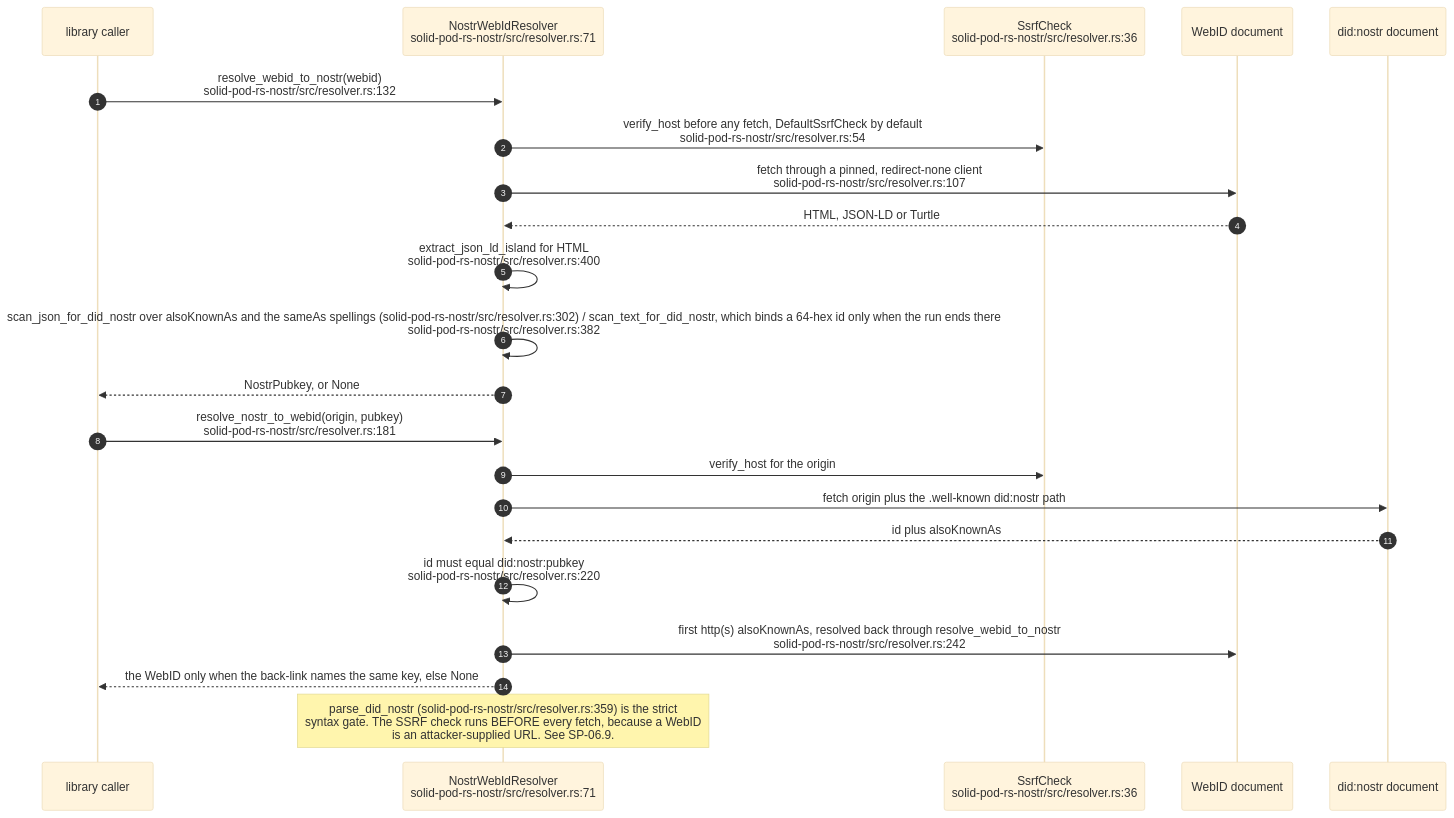
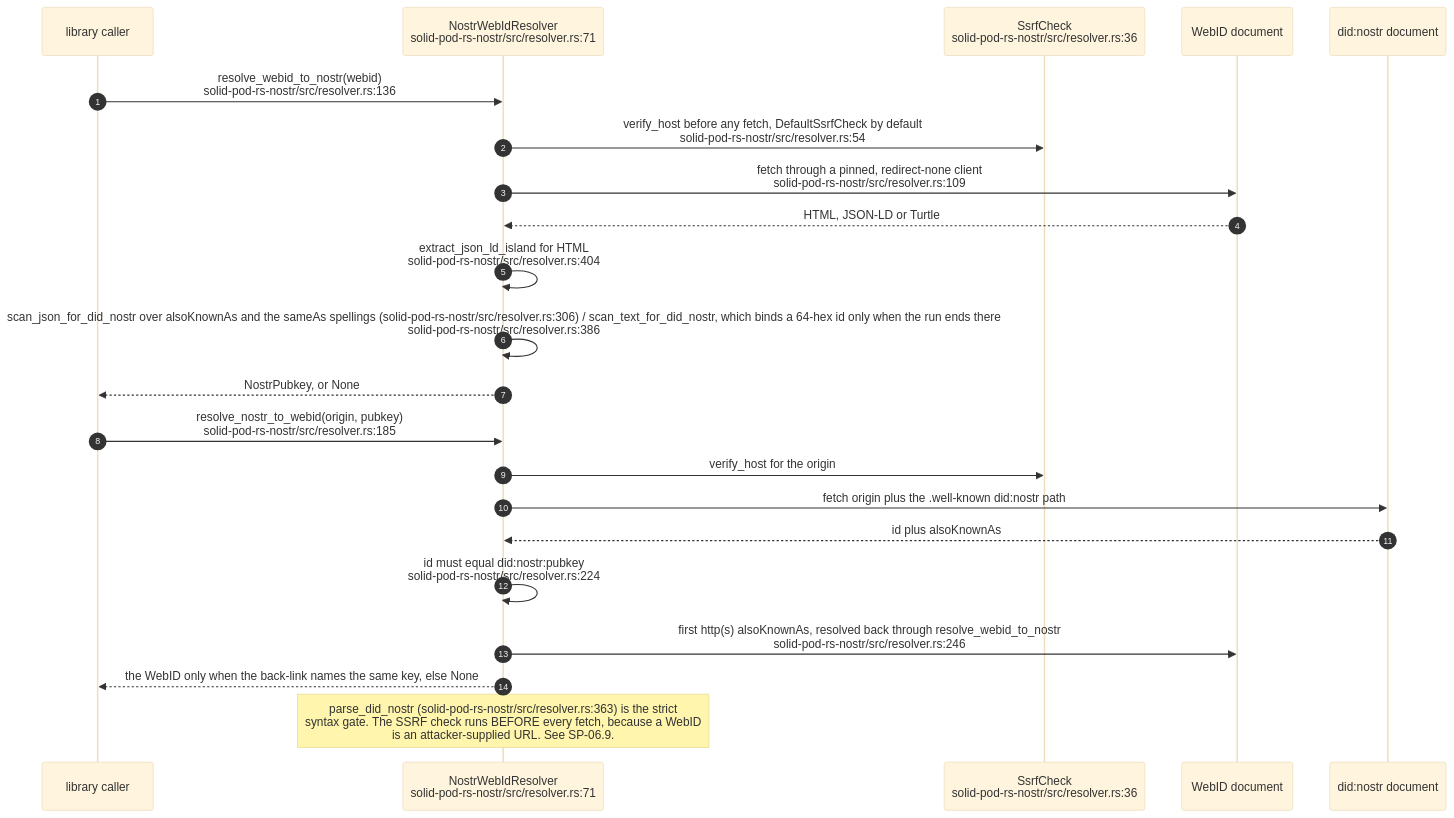
The tenth of 18 diagrams in docs/diagrams/solid-pod-rs/05-identity-nip98-did-oidc.md (DreamLab-AI/VisionFlow), drawn with Mermaid (base theme) before and after one commit. The commit also changed other lines of this file and 2 other files, not shown here.

First line of the commit message:
docs(diagrams): SP-05, SP-11, SP-12 re-verified at solid-pod-rs a28a748

````diff
--- a/docs/diagrams/solid-pod-rs/05-identity-nip98-did-oidc.md
+++ b/docs/diagrams/solid-pod-rs/05-identity-nip98-did-oidc.md
@@ -314,26 +330,26 @@
 ```mermaid
 sequenceDiagram
     autonumber
     participant A as library caller
     participant R as NostrWebIdResolver<br/>solid-pod-rs-nostr/src/resolver.rs:71
     participant SS as SsrfCheck<br/>solid-pod-rs-nostr/src/resolver.rs:36
     participant W as WebID document
     participant D as did:nostr document
 
-    A->>R: resolve_webid_to_nostr(webid)<br/>solid-pod-rs-nostr/src/resolver.rs:132
+    A->>R: resolve_webid_to_nostr(webid)<br/>solid-pod-rs-nostr/src/resolver.rs:136
     R->>SS: verify_host before any fetch, DefaultSsrfCheck by default<br/>solid-pod-rs-nostr/src/resolver.rs:54
-    R->>W: fetch through a pinned, redirect-none client<br/>solid-pod-rs-nostr/src/resolver.rs:107
+    R->>W: fetch through a pinned, redirect-none client<br/>solid-pod-rs-nostr/src/resolver.rs:109
     W-->>R: HTML, JSON-LD or Turtle
-    R->>R: extract_json_ld_island for HTML<br/>solid-pod-rs-nostr/src/resolver.rs:400
-    R->>R: scan_json_for_did_nostr over alsoKnownAs and the sameAs spellings (solid-pod-rs-nostr/src/resolver.rs:302) / scan_text_for_did_nostr, which binds a 64-hex id only when the run ends there<br/>solid-pod-rs-nostr/src/resolver.rs:382
+    R->>R: extract_json_ld_island for HTML<br/>solid-pod-rs-nostr/src/resolver.rs:404
+    R->>R: scan_json_for_did_nostr over alsoKnownAs and the sameAs spellings (solid-pod-rs-nostr/src/resolver.rs:306) / scan_text_for_did_nostr, which binds a 64-hex id only when the run ends there<br/>solid-pod-rs-nostr/src/resolver.rs:386
     R-->>A: NostrPubkey, or None
 
-    A->>R: resolve_nostr_to_webid(origin, pubkey)<br/>solid-pod-rs-nostr/src/resolver.rs:181
+    A->>R: resolve_nostr_to_webid(origin, pubkey)<br/>solid-pod-rs-nostr/src/resolver.rs:185
     R->>SS: verify_host for the origin
     R->>D: fetch origin plus the .well-known did:nostr path
     D-->>R: id plus alsoKnownAs
-    R->>R: id must equal did:nostr:pubkey<br/>solid-pod-rs-nostr/src/resolver.rs:220
-    R->>W: first http(s) alsoKnownAs, resolved back through resolve_webid_to_nostr<br/>solid-pod-rs-nostr/src/resolver.rs:242
+    R->>R: id must equal did:nostr:pubkey<br/>solid-pod-rs-nostr/src/resolver.rs:224
+    R->>W: first http(s) alsoKnownAs, resolved back through resolve_webid_to_nostr<br/>solid-pod-rs-nostr/src/resolver.rs:246
     R-->>A: the WebID only when the back-link names the same key, else None
-    Note over R: parse_did_nostr (solid-pod-rs-nostr/src/resolver.rs:359) is the strict<br/>syntax gate. The SSRF check runs BEFORE every fetch, because a WebID<br/>is an attacker-supplied URL. See SP-06.9.
+    Note over R: parse_did_nostr (solid-pod-rs-nostr/src/resolver.rs:363) is the strict<br/>syntax gate. The SSRF check runs BEFORE every fetch, because a WebID<br/>is an attacker-supplied URL. See SP-06.9.
 ```
````
